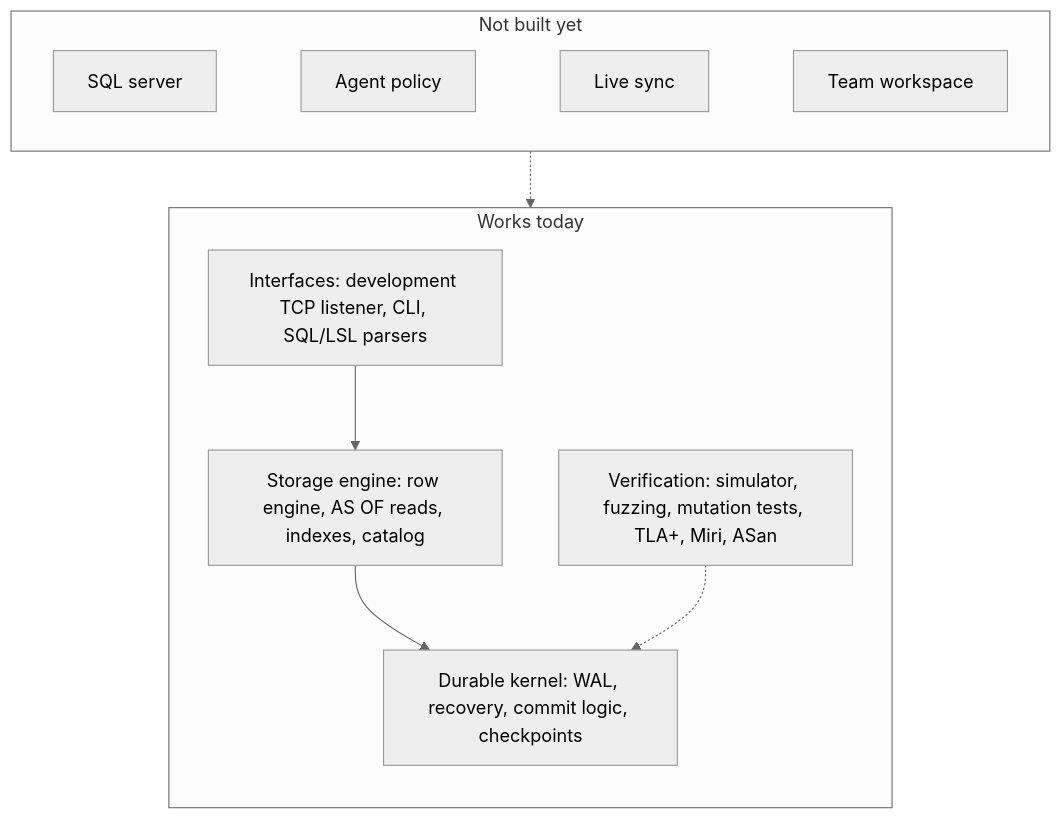
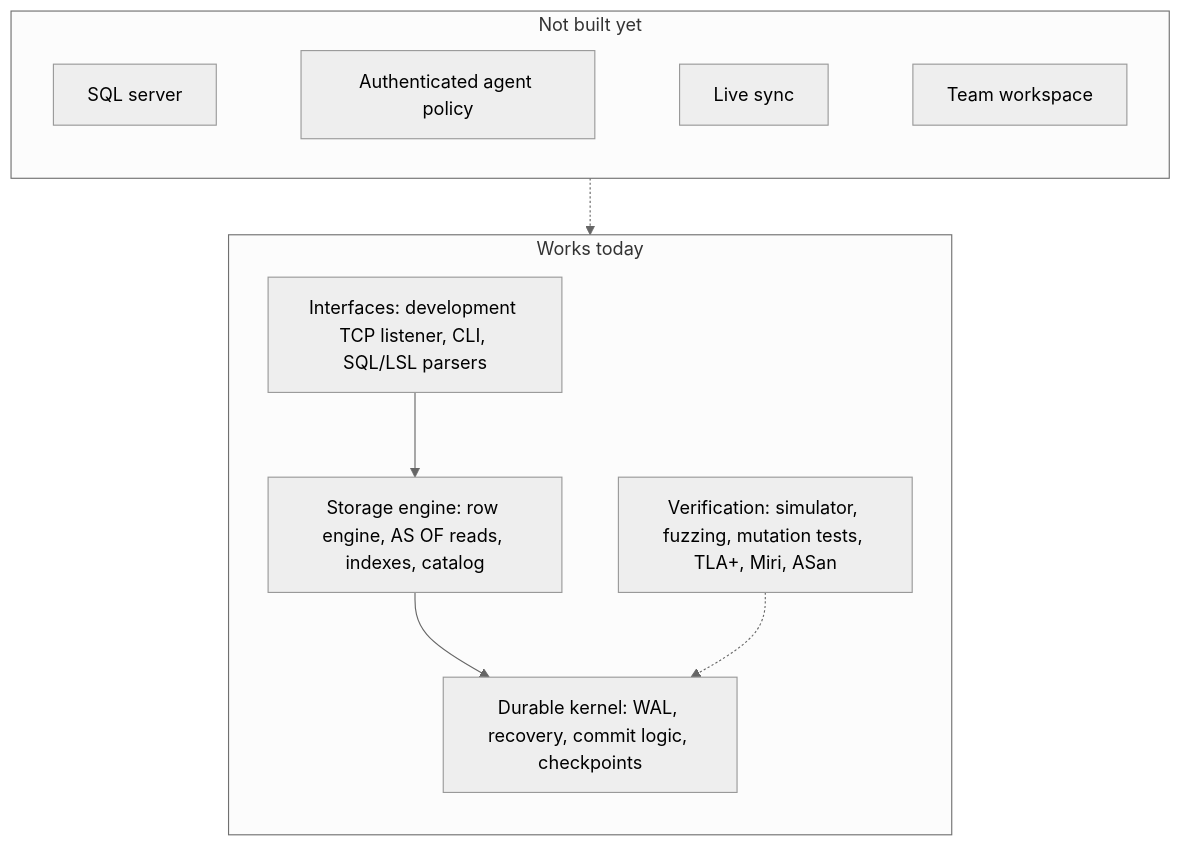
One commit to moncifem/latticedb changed the diagram in README.md. Above: the diagram before and after it, drawn with Mermaid (neutral theme). The commit also changed other lines of this file and 4 other files, not shown here.

````diff
--- a/README.md
+++ b/README.md
@@ -45,17 +45,17 @@
 ```mermaid
 flowchart TB
   subgraph ahead["Not built yet"]
     direction LR
-    sql["SQL server"] ~~~ pol["Agent policy"] ~~~ sync["Live sync"] ~~~ ws["Team workspace"]
+    sql["SQL server"] ~~~ pol["Authenticated agent policy"] ~~~ sync["Live sync"] ~~~ ws["Team workspace"]
   end
   subgraph have["Works today"]
     direction TB
     ifc["Interfaces: development TCP listener, CLI, SQL/LSL parsers"]
     eng["Storage engine: row engine, AS OF reads, indexes, catalog"]
     ker["Durable kernel: WAL, recovery, commit logic, checkpoints"]
     ver["Verification: simulator, fuzzing, mutation tests, TLA+, Miri, ASan"]
     ifc --> eng --> ker
     ver -.-> ker
   end
   ahead -.-> have
 ```
````
